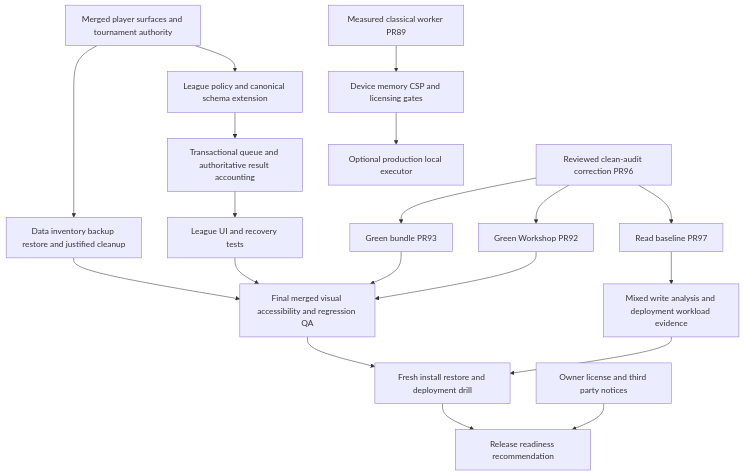
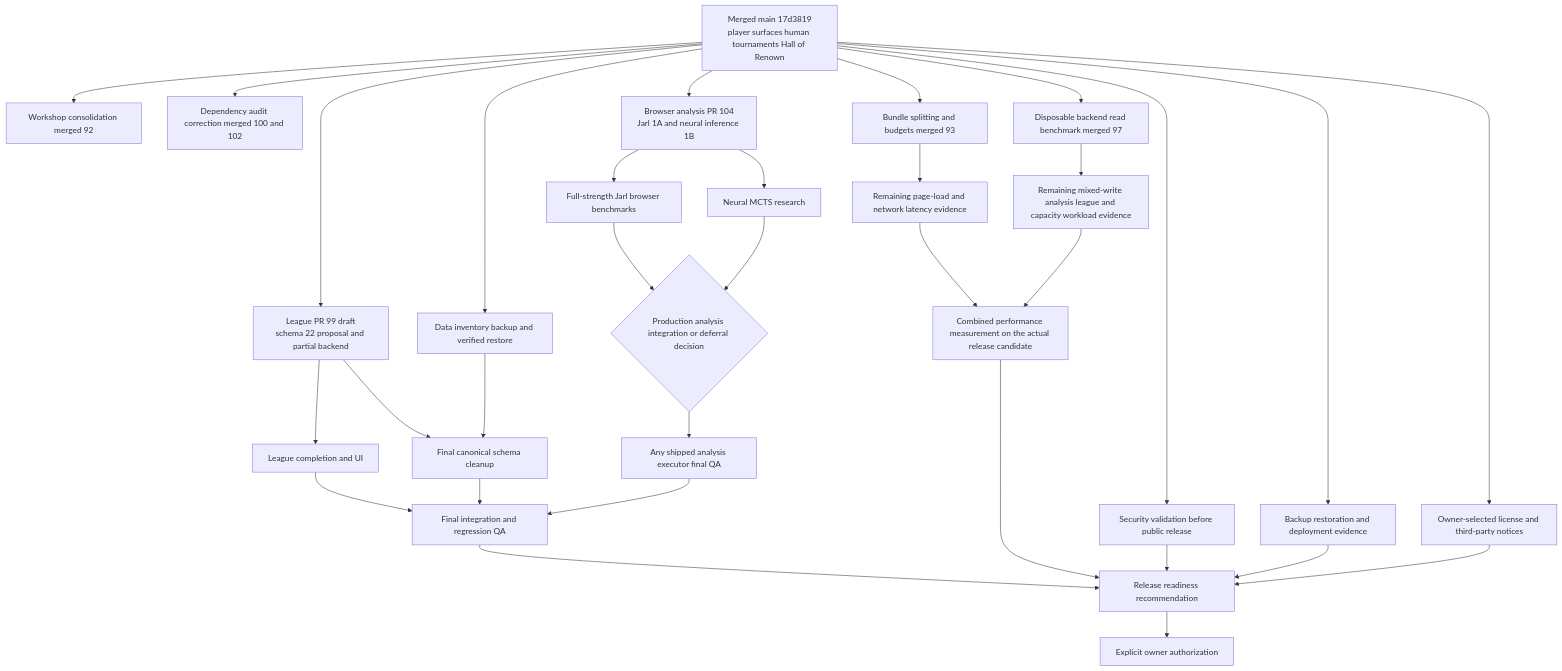
Before and after one commit to freeDom-/hnefatafl: the diagram in docs/designs/arena-current-completeness.md, drawn with Mermaid. The commit also changed other lines of this file and 7 other files, not shown here.

Commit message:
docs: reconcile Arena roadmap, readiness and security status

````diff
--- a/docs/designs/arena-current-completeness.md
+++ b/docs/designs/arena-current-completeness.md
@@ -84,21 +197,39 @@
 ```mermaid
 flowchart TD
-  M[Merged player surfaces and tournament authority] --> L[League policy and canonical schema extension]
-  L --> Q[Transactional queue and authoritative result accounting]
-  Q --> U[League UI and recovery tests]
-  S[Reviewed clean-audit correction PR96] --> W[Green Workshop PR92]
-  S --> B[Green bundle PR93]
-  S --> R[Read baseline PR97]
-  F[Measured classical worker PR89] --> G[Device memory CSP and licensing gates]
-  G --> A[Optional production local executor]
-  M --> C[Data inventory backup restore and justified cleanup]
-  W --> V[Final merged visual accessibility and regression QA]
-  B --> V
-  U --> V
-  C --> V
-  R --> P[Mixed write analysis and deployment workload evidence]
-  P --> D[Fresh install restore and deployment drill]
-  V --> D
-  O[Owner license and third party notices] --> Release[Release readiness recommendation]
-  D --> Release
+  M[Merged main 17d3819<br/>player surfaces human tournaments Hall of Renown]
+  W[Workshop consolidation merged 92]
+  AUD[Dependency audit correction merged 100 and 102]
+  B[Bundle splitting and budgets merged 93]
+  R[Disposable backend read benchmark merged 97]
+  M --> W
+  M --> AUD
+  M --> B
+  M --> R
+  M --> L[League PR 99 draft<br/>schema 22 proposal and partial backend]
+  L --> LU[League completion and UI]
+  L --> SC[Final canonical schema cleanup]
+  M --> DI[Data inventory backup and verified restore]
+  DI --> SC
+  LU --> QA[Final integration and regression QA]
+  SC --> QA
+  M --> BX[Browser analysis PR 104<br/>Jarl 1A and neural inference 1B]
+  BX --> BJ[Full-strength Jarl browser benchmarks]
+  BX --> NM[Neural MCTS research]
+  BJ --> AD{Production analysis integration or deferral decision}
+  NM --> AD
+  AD --> AX[Any shipped analysis executor final QA]
+  AX --> QA
+  B --> P1[Remaining page-load and network latency evidence]
+  R --> P2[Remaining mixed-write analysis league and capacity workload evidence]
+  P1 --> PERF[Combined performance measurement on the actual release candidate]
+  P2 --> PERF
+  M --> SEC[Security validation before public release]
+  M --> DEP[Backup restoration and deployment evidence]
+  M --> LIC[Owner-selected license and third-party notices]
+  QA --> REL[Release readiness recommendation]
+  PERF --> REL
+  SEC --> REL
+  DEP --> REL
+  LIC --> REL
+  REL --> OWN[Explicit owner authorization]
 ```
````
